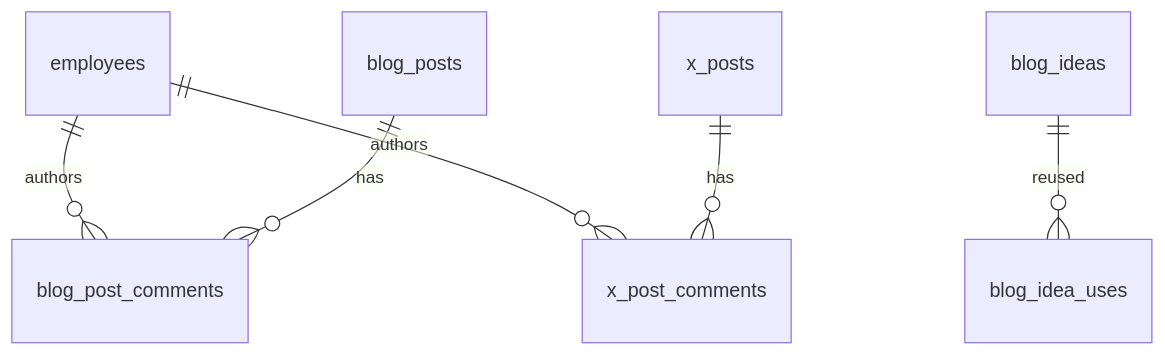
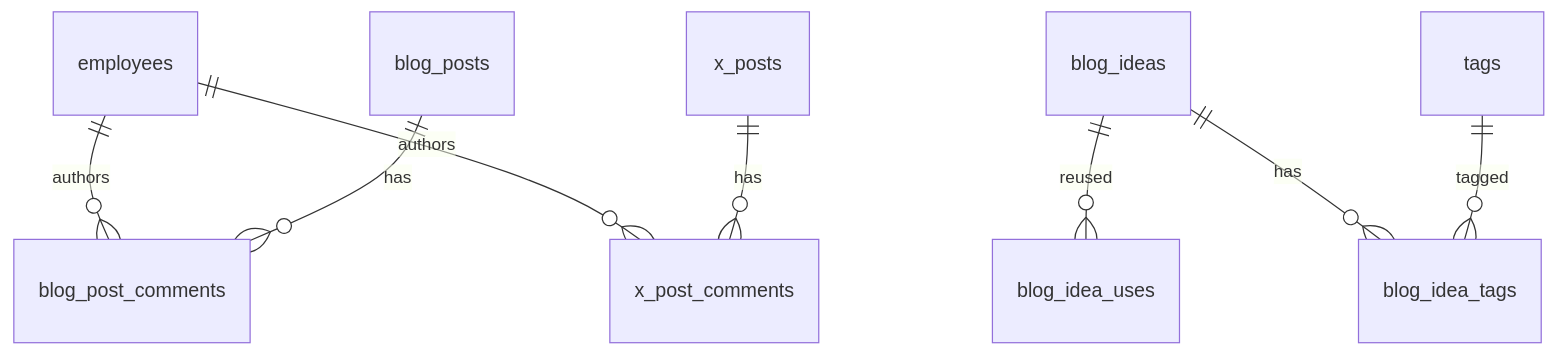
The second of 4 diagrams in docs/database.md (ssstakahashi/ai-org), drawn with Mermaid before and after one commit. The commit also changed other lines of this file and 12 other files, not shown here.

````diff
--- a/docs/database.md
+++ b/docs/database.md
@@ -31,8 +31,10 @@
 ```mermaid
 erDiagram
   employees ||--o{ blog_post_comments : authors
   employees ||--o{ x_post_comments : authors
   blog_posts ||--o{ blog_post_comments : has
   x_posts ||--o{ x_post_comments : has
   blog_ideas ||--o{ blog_idea_uses : reused
+  blog_ideas ||--o{ blog_idea_tags : has
+  tags ||--o{ blog_idea_tags : tagged
 ```
````
